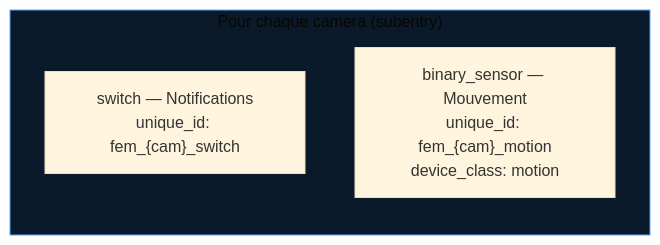
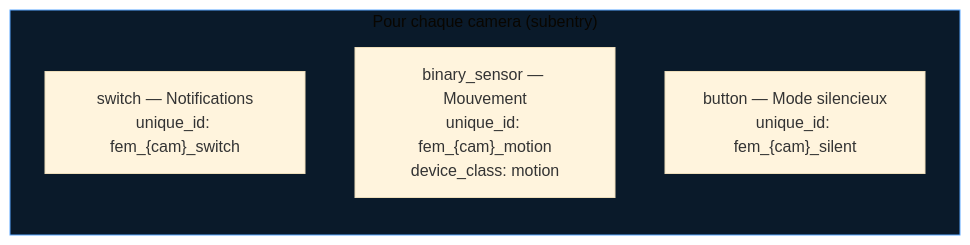
One commit to trowaflo/frigate-event-manager changed the third of 4 diagrams in docs/architecture.md. Above: the diagram before and after it, drawn with Mermaid (base theme). The commit also changed other lines of this file and 2 other files, not shown here.

Commit message:
refactor: notify-and-record, silent expiry cleanup, migrate False, doc architecture

````diff
--- a/docs/architecture.md
+++ b/docs/architecture.md
@@ -162,9 +163,10 @@
 ```mermaid
 graph LR
     subgraph camera["Pour chaque camera (subentry)"]
         D["switch — Notifications\nunique_id: fem_{cam}_switch"]
         E["binary_sensor — Mouvement\nunique_id: fem_{cam}_motion\ndevice_class: motion"]
+        F["button — Mode silencieux\nunique_id: fem_{cam}_silent"]
     end
 
     style camera fill:#0a1a2a,stroke:#58a6ff
 ```
````
